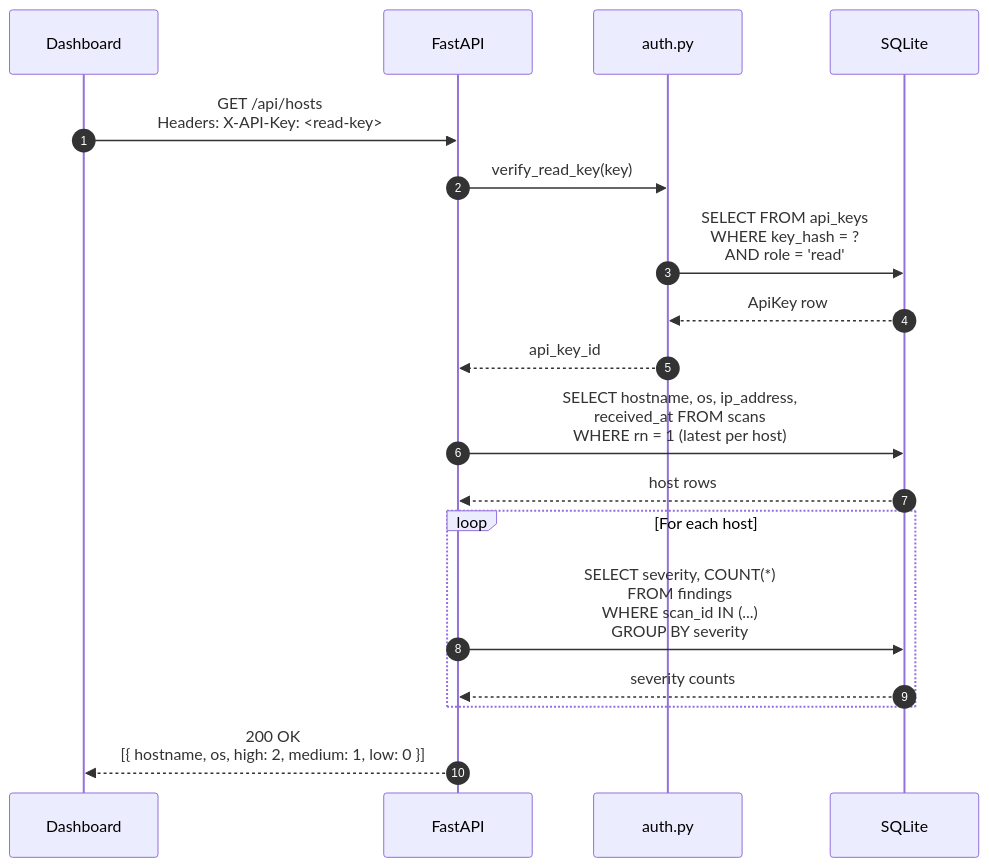
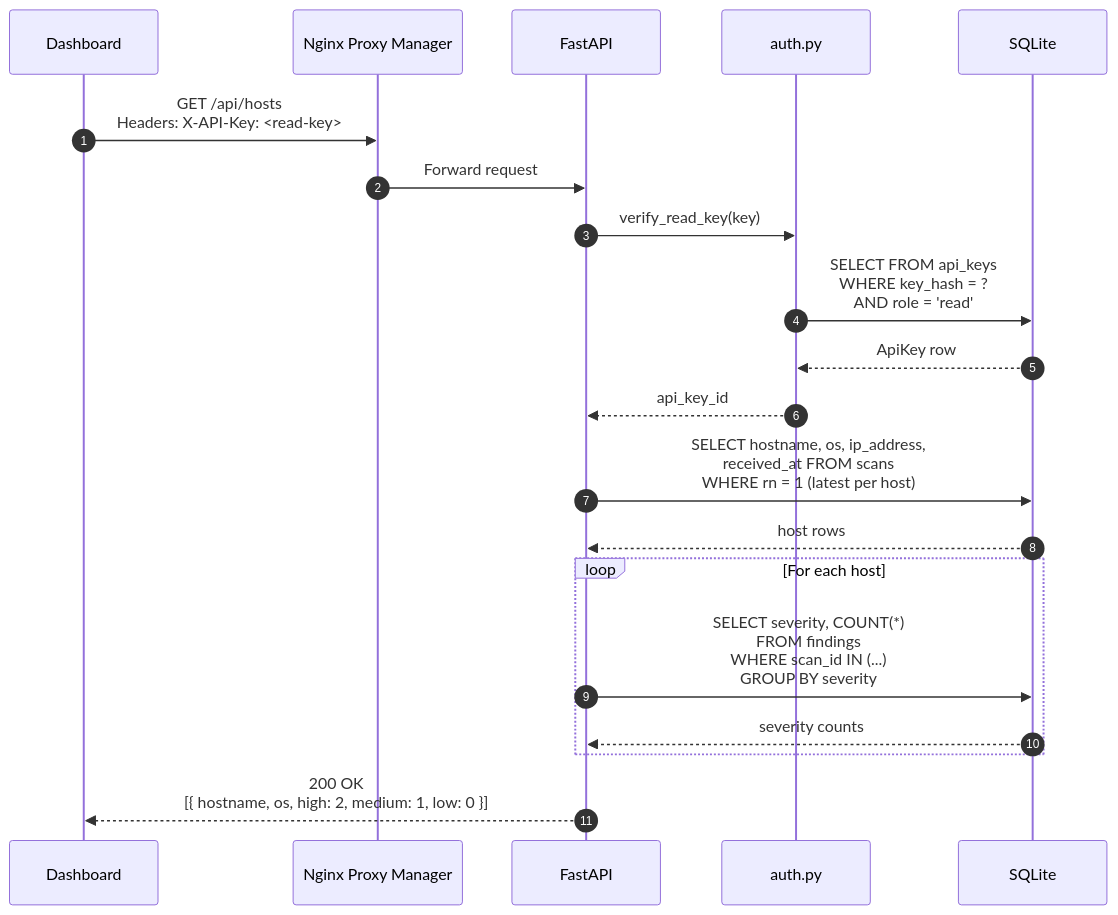
Before and after one commit to vibecode-team7/ARGUS: the third of 9 diagrams in docs/architecture.md, drawn with Mermaid. The commit also changed other lines of this file and 8 other files, not shown here.

````diff
--- a/docs/architecture.md
+++ b/docs/architecture.md
@@ -98,25 +106,27 @@
 ```mermaid
 sequenceDiagram
     autonumber
     participant Dash as Dashboard
+    participant NPM as Nginx Proxy Manager
     participant API as FastAPI
     participant Auth as auth.py
     participant DB as SQLite
 
-    Dash->>API: GET /api/hosts<br>Headers: X-API-Key: <read-key>
+    Dash->>NPM: GET /api/hosts<br>Headers: X-API-Key: <read-key>
 
+    NPM->>API: Forward request
     API->>Auth: verify_read_key(key)
     Auth->>DB: SELECT FROM api_keys<br>WHERE key_hash = ?<br>AND role = 'read'
     DB-->>Auth: ApiKey row
     Auth-->>API: api_key_id
 
     API->>DB: SELECT hostname, os, ip_address,<br>received_at FROM scans<br>WHERE rn = 1 (latest per host)
     DB-->>API: host rows
 
     loop For each host
         API->>DB: SELECT severity, COUNT(*)<br>FROM findings<br>WHERE scan_id IN (...)<br>GROUP BY severity
         DB-->>API: severity counts
     end
 
     API-->>Dash: 200 OK<br>[{ hostname, os, high: 2, medium: 1, low: 0 }]
 ```
````
